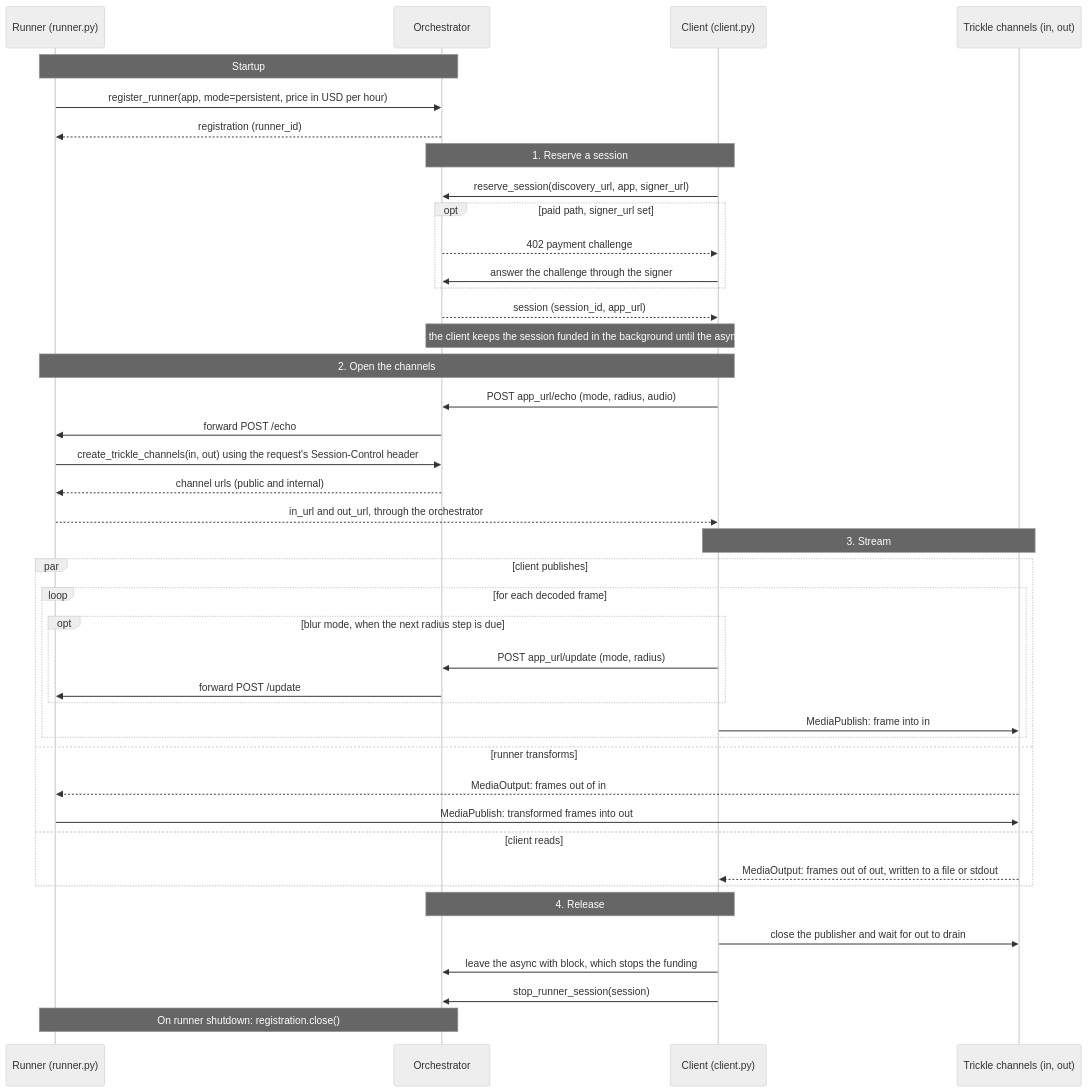
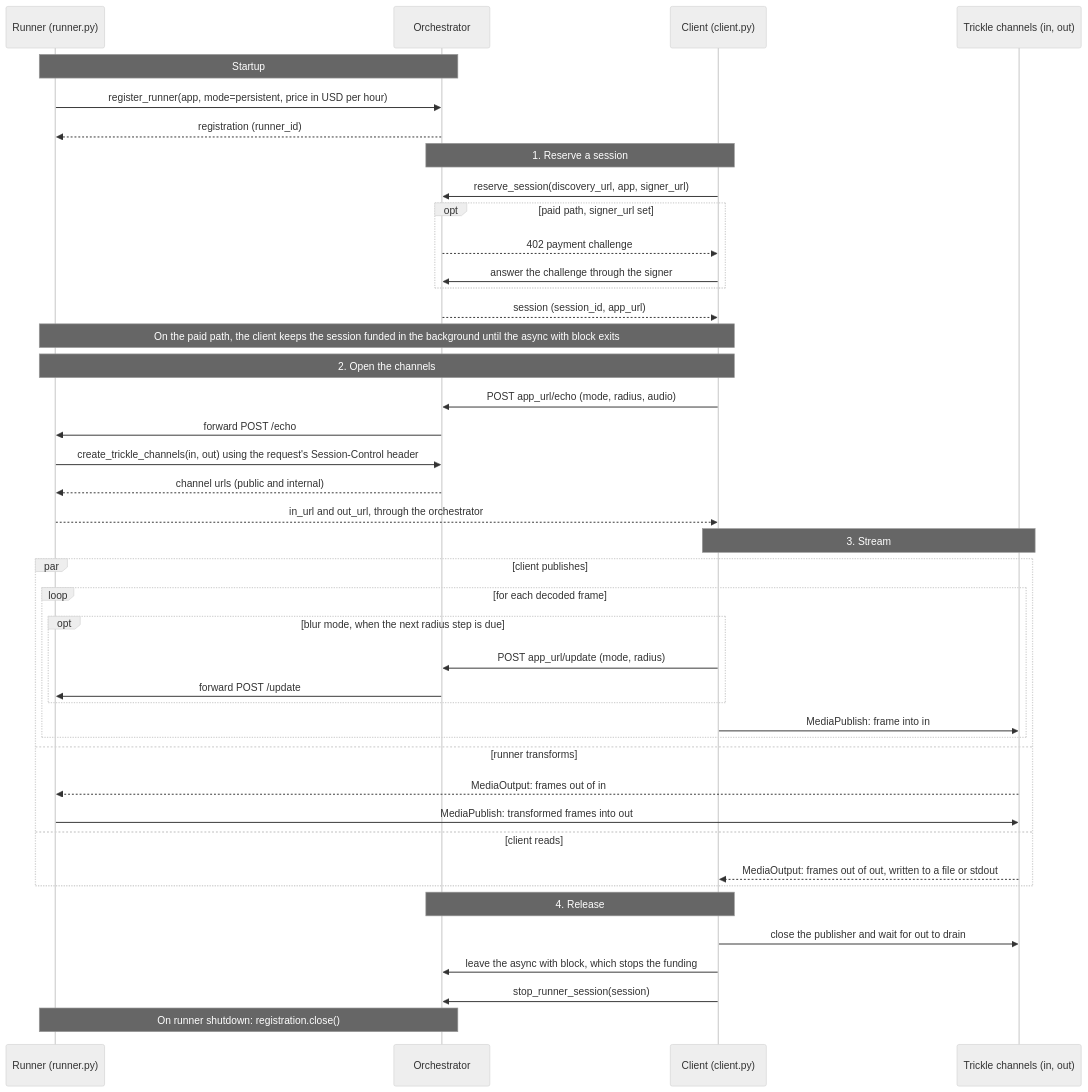
The diagram in echo/README.md (livepeer/runner-app-examples), drawn with Mermaid (neutral theme) before and after one commit.

Commit message:
docs(echo): widen the funding note so it fits its box

````diff
--- a/echo/README.md
+++ b/echo/README.md
@@ -22,49 +22,49 @@
 ```mermaid
 sequenceDiagram
     participant R as Runner (runner.py)
     participant O as Orchestrator
     participant C as Client (client.py)
     participant T as Trickle channels (in, out)
 
     Note over R,O: Startup
     R->>O: register_runner(app, mode=persistent, price in USD per hour)
     O-->>R: registration (runner_id)
 
     Note over C,O: 1. Reserve a session
     C->>O: reserve_session(discovery_url, app, signer_url)
     opt paid path, signer_url set
         O-->>C: 402 payment challenge
         C->>O: answer the challenge through the signer
     end
     O-->>C: session (session_id, app_url)
-    Note over C,O: On the paid path, the client keeps the session funded in the background until the async with block exits
+    Note over R,C: On the paid path, the client keeps the session funded in the background until the async with block exits
 
     Note over C,R: 2. Open the channels
     C->>O: POST app_url/echo (mode, radius, audio)
     O->>R: forward POST /echo
     R->>O: create_trickle_channels(in, out) using the request's Session-Control header
     O-->>R: channel urls (public and internal)
     R-->>C: in_url and out_url, through the orchestrator
 
     Note over C,T: 3. Stream
     par client publishes
         loop for each decoded frame
             opt blur mode, when the next radius step is due
                 C->>O: POST app_url/update (mode, radius)
                 O->>R: forward POST /update
             end
             C->>T: MediaPublish: frame into in
         end
     and runner transforms
         T-->>R: MediaOutput: frames out of in
         R->>T: MediaPublish: transformed frames into out
     and client reads
         T-->>C: MediaOutput: frames out of out, written to a file or stdout
     end
 
     Note over C,O: 4. Release
     C->>T: close the publisher and wait for out to drain
     C->>O: leave the async with block, which stops the funding
     C->>O: stop_runner_session(session)
     Note over R,O: On runner shutdown: registration.close()
 ```
````
